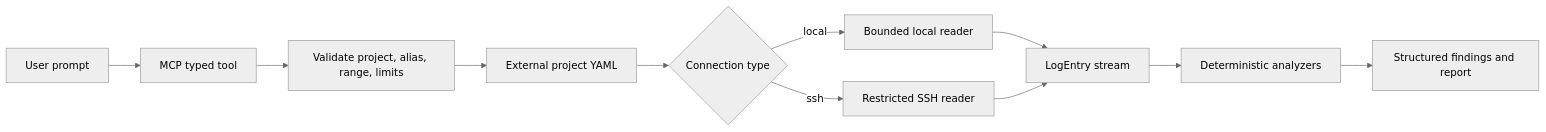
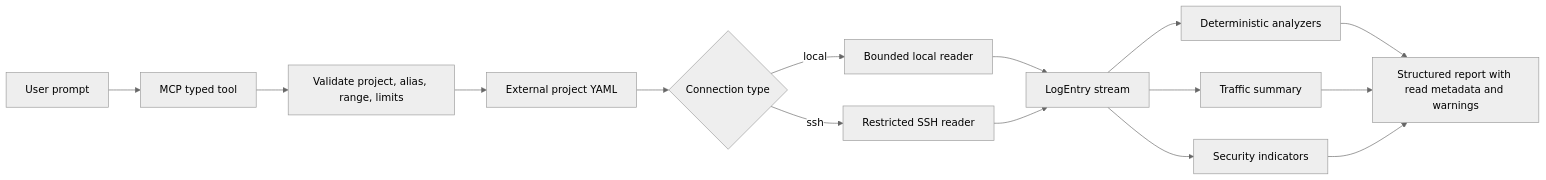
The first of 6 diagrams in docs/ARCHITECTURE.md (beljic/ecomops), drawn with Mermaid (neutral theme) before and after one commit. The commit also changed other lines of this file and 42 other files, not shown here.

````diff
--- a/docs/ARCHITECTURE.md
+++ b/docs/ARCHITECTURE.md
@@ -8,13 +8,17 @@
 ```mermaid
 flowchart LR
     P[User prompt] --> M[MCP typed tool]
     M --> V[Validate project, alias, range, limits]
     V --> C[External project YAML]
     C --> R{Connection type}
     R -->|local| L[Bounded local reader]
     R -->|ssh| S[Restricted SSH reader]
     L --> E[LogEntry stream]
     S --> E
     E --> A[Deterministic analyzers]
-    A --> O[Structured findings and report]
+    E --> TS[Traffic summary]
+    E --> SS[Security indicators]
+    A --> O[Structured report with read metadata and warnings]
+    TS --> O
+    SS --> O
 ```
````
